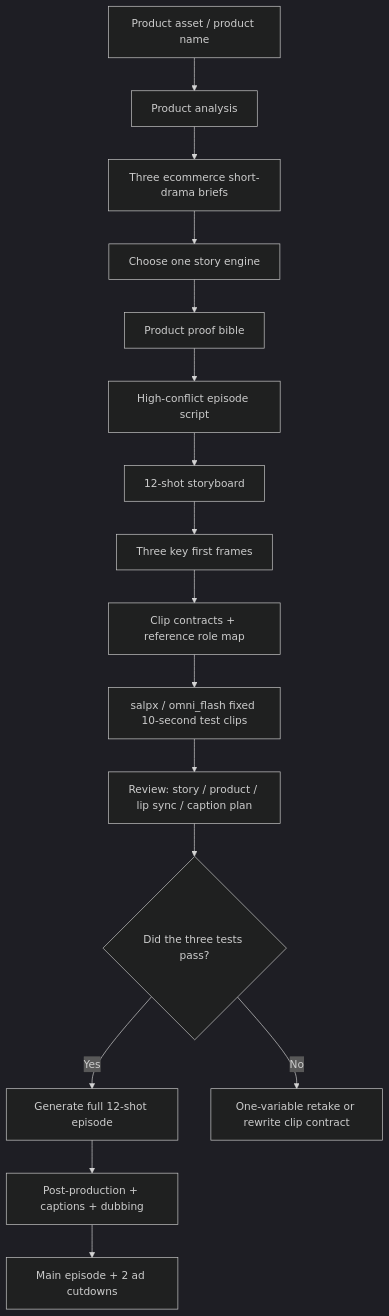
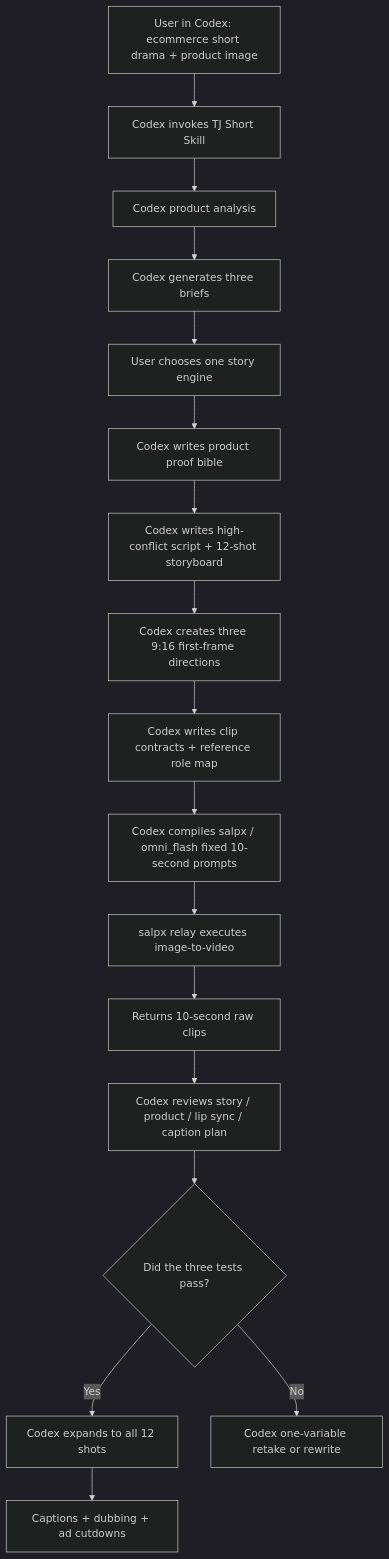
Before and after one commit to tttg2010/tj-short: the diagram in README.en.md, drawn with Mermaid (dark theme). The commit also changed other lines of this file and 3 other files, not shown here.

Commit message:
Reposition as Codex short drama skill

````diff
--- a/README.en.md
+++ b/README.en.md
@@ -77,18 +100,19 @@
 ```mermaid
 flowchart TD
-  A["Product asset / product name"] --> B["Product analysis"]
-  B --> C["Three ecommerce short-drama briefs"]
-  C --> D["Choose one story engine"]
-  D --> E["Product proof bible"]
-  E --> F["High-conflict episode script"]
-  F --> G["12-shot storyboard"]
-  G --> H["Three key first frames"]
-  H --> I["Clip contracts + reference role map"]
-  I --> J["salpx / omni_flash fixed 10-second test clips"]
-  J --> K["Review: story / product / lip sync / caption plan"]
-  K --> L{"Did the three tests pass?"}
-  L -- "Yes" --> M["Generate full 12-shot episode"]
-  L -- "No" --> N["One-variable retake or rewrite clip contract"]
-  M --> O["Post-production + captions + dubbing"]
-  O --> P["Main episode + 2 ad cutdowns"]
+  A["User in Codex: ecommerce short drama + product image"] --> B["Codex invokes TJ Short Skill"]
+  B --> C["Codex product analysis"]
+  C --> D["Codex generates three briefs"]
+  D --> E["User chooses one story engine"]
+  E --> F["Codex writes product proof bible"]
+  F --> G["Codex writes high-conflict script + 12-shot storyboard"]
+  G --> H["Codex creates three 9:16 first-frame directions"]
+  H --> I["Codex writes clip contracts + reference role map"]
+  I --> J["Codex compiles salpx / omni_flash fixed 10-second prompts"]
+  J --> K["salpx relay executes image-to-video"]
+  K --> L["Returns 10-second raw clips"]
+  L --> M["Codex reviews story / product / lip sync / caption plan"]
+  M --> N{"Did the three tests pass?"}
+  N -- "Yes" --> O["Codex expands to all 12 shots"]
+  N -- "No" --> P["Codex one-variable retake or rewrite"]
+  O --> Q["Captions + dubbing + ad cutdowns"]
 ```
````
